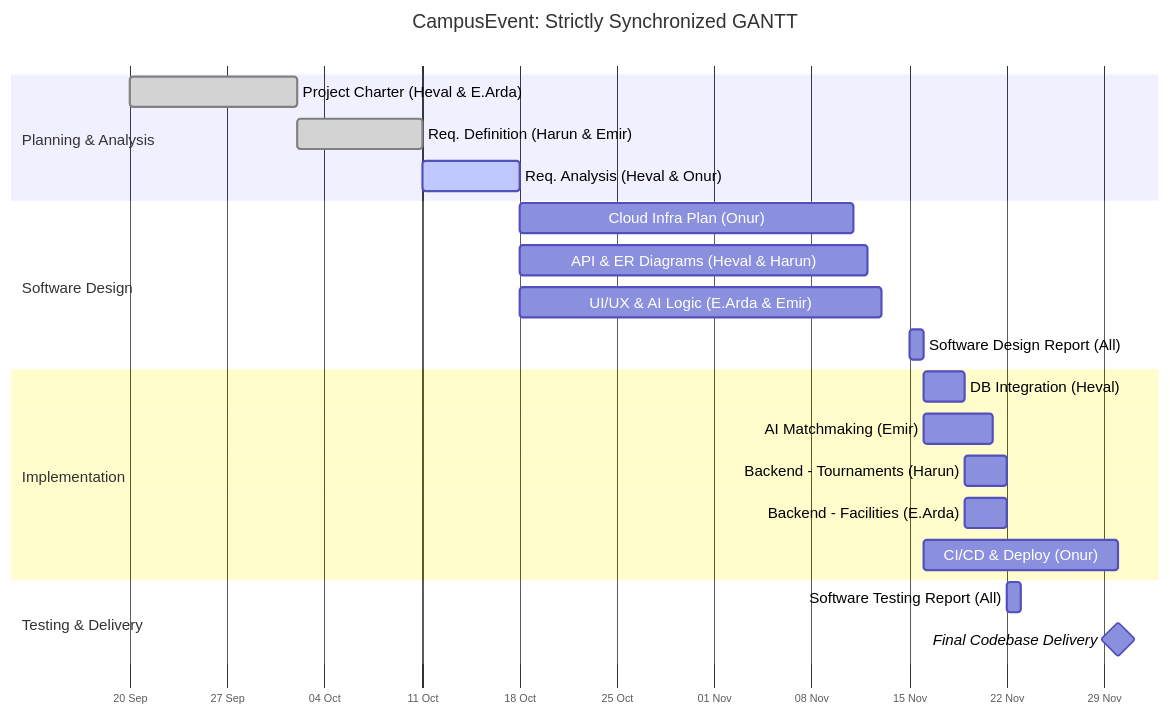
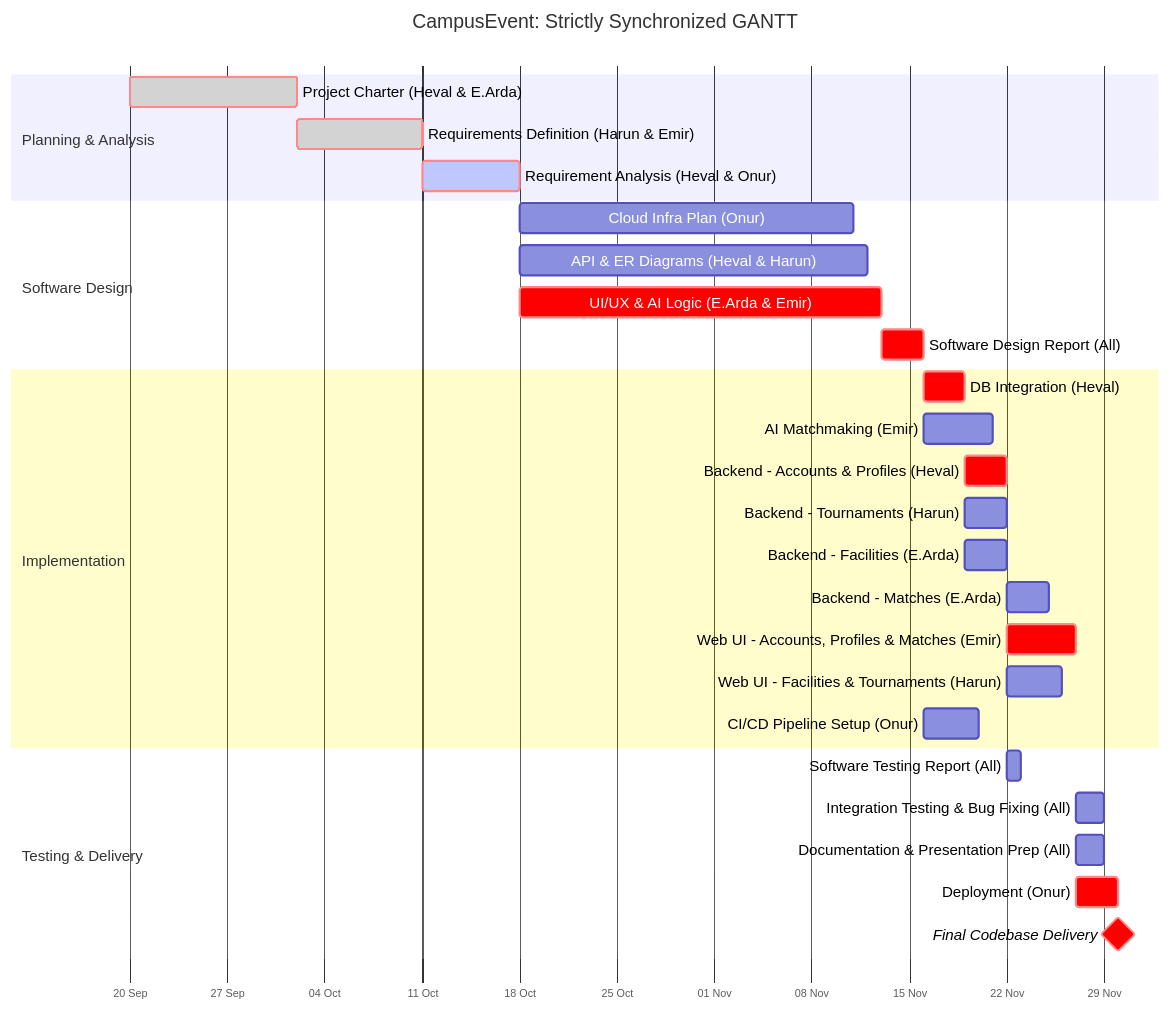
One commit to emir-heval-arda-harun/CMPE-331-project changed the diagram in docs/plan/gantt_chart.mmd. Above: the diagram before and after it, drawn with Mermaid. The commit also changed 13 other files, not shown here.

First line of the commit message:
Fix critical path, extend WBS/Gantt and add the Requirement Analysis Report

```diff
--- a/docs/plan/gantt_chart.mmd
+++ b/docs/plan/gantt_chart.mmd
@@ -1,29 +1,36 @@
 %%{init: {"gantt": {"barHeight": 28, "barGap": 11, "topPadding": 70, "leftPadding": 110, "fontSize": 14, "sectionFontSize": 14, "gridLineStartPadding": 40}}}%%
 gantt
     title CampusEvent: Strictly Synchronized GANTT
     dateFormat YYYY-MM-DD
     axisFormat %d %b
     tickInterval 1week
     weekday sunday
 
     section Planning & Analysis
-    Project Charter (Heval & E.Arda)   :done, t11, 2026-09-20, 2026-10-02
-    Req. Definition (Harun & Emir)     :done, t12, 2026-10-02, 2026-10-11
-    Req. Analysis (Heval & Onur)       :active, t13, 2026-10-11, 2026-10-18
+    Project Charter (Heval & E.Arda)               :done, crit, t11, 2026-09-20, 2026-10-02
+    Requirements Definition (Harun & Emir)         :done, crit, t12, 2026-10-02, 2026-10-11
+    Requirement Analysis (Heval & Onur)            :active, crit, t13, 2026-10-11, 2026-10-18
 
     section Software Design
-    Cloud Infra Plan (Onur)            :t21, 2026-10-18, 2026-11-11
-    API & ER Diagrams (Heval & Harun)  :t22, 2026-10-18, 2026-11-12
-    UI/UX & AI Logic (E.Arda & Emir)   :t23, 2026-10-18, 2026-11-13
-    Software Design Report (All)       :t24, 2026-11-15, 1d
+    Cloud Infra Plan (Onur)                        :t21, 2026-10-18, 2026-11-11
+    API & ER Diagrams (Heval & Harun)              :t22, 2026-10-18, 2026-11-12
+    UI/UX & AI Logic (E.Arda & Emir)               :crit, t23, 2026-10-18, 2026-11-13
+    Software Design Report (All)                   :crit, t24, 2026-11-13, 2026-11-16
 
     section Implementation
-    DB Integration (Heval)             :t31, 2026-11-16, 2026-11-19
-    AI Matchmaking (Emir)              :t32, 2026-11-16, 2026-11-21
-    Backend - Tournaments (Harun)      :t33, 2026-11-19, 2026-11-22
-    Backend - Facilities (E.Arda)      :t34, 2026-11-19, 2026-11-22
-    CI/CD & Deploy (Onur)              :t35, 2026-11-16, 2026-11-30
+    DB Integration (Heval)                         :crit, t31, 2026-11-16, 2026-11-19
+    AI Matchmaking (Emir)                          :t32, 2026-11-16, 2026-11-21
+    Backend - Accounts & Profiles (Heval)          :crit, t33, 2026-11-19, 2026-11-22
+    Backend - Tournaments (Harun)                  :t34, 2026-11-19, 2026-11-22
+    Backend - Facilities (E.Arda)                  :t35, 2026-11-19, 2026-11-22
+    Backend - Matches (E.Arda)                     :t36, 2026-11-22, 2026-11-25
+    Web UI - Accounts, Profiles & Matches (Emir)   :crit, t37, 2026-11-22, 2026-11-27
+    Web UI - Facilities & Tournaments (Harun)      :t38, 2026-11-22, 2026-11-26
+    CI/CD Pipeline Setup (Onur)                    :t39, 2026-11-16, 2026-11-20
 
     section Testing & Delivery
-    Software Testing Report (All)      :t41, 2026-11-22, 1d
-    Final Codebase Delivery            :milestone, t42, 2026-11-30, 0d
+    Software Testing Report (All)                  :t41, 2026-11-22, 2026-11-23
+    Integration Testing & Bug Fixing (All)         :t42, 2026-11-27, 2026-11-29
+    Documentation & Presentation Prep (All)        :t43, 2026-11-27, 2026-11-29
+    Deployment (Onur)                              :crit, t44, 2026-11-27, 2026-11-30
+    Final Codebase Delivery                        :crit, milestone, t45, 2026-11-30, 0d
```
